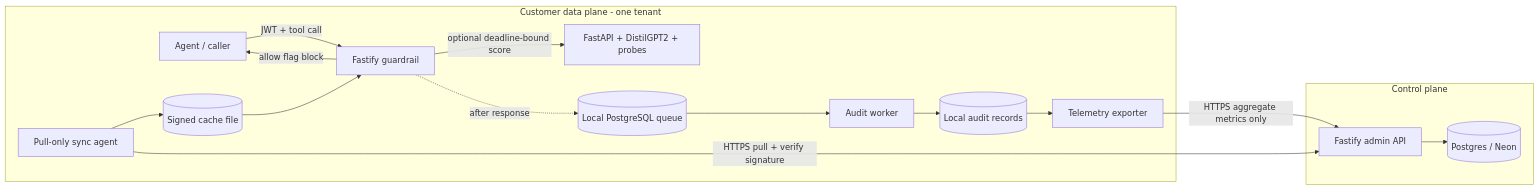
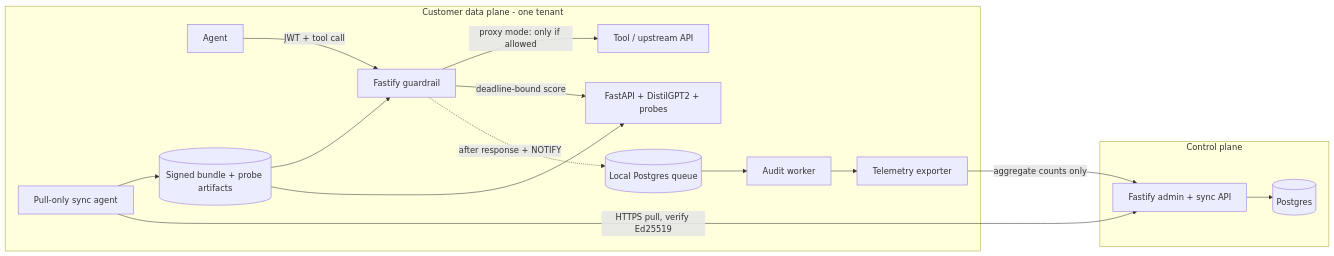
One commit to jcastellobranco/agent-guardrail-lab changed the diagram in README.md. Above: the diagram before and after it, drawn with Mermaid. The commit also changed other lines of this file, not shown here.

First line of the commit message:
docs: rewrite the README around the request flow and results

````diff
--- a/README.md
+++ b/README.md
@@ -19,28 +9,28 @@
 ```mermaid
 flowchart LR
   subgraph CP[Control plane]
-    Admin[Fastify admin API]
-    DB[(Postgres / Neon)]
+    Admin[Fastify admin + sync API]
+    DB[(Postgres)]
     Admin --> DB
   end
   subgraph DP[Customer data plane - one tenant]
-    Agent[Agent / caller]
+    Agent[Agent]
+    G[Fastify guardrail]
+    Tool[Tool / upstream API]
     Sync[Pull-only sync agent]
-    Cache[(Signed cache file)]
-    G[Fastify guardrail]
+    Cache[(Signed bundle + probe artifacts)]
     I[FastAPI + DistilGPT2 + probes]
-    Q[(Local PostgreSQL queue)]
+    Q[(Local Postgres queue)]
     W[Audit worker]
-    A[(Local audit records)]
     T[Telemetry exporter]
     Agent -->|JWT + tool call| G
-    G -->|allow flag block| Agent
-    Sync --> Cache
-    Cache --> G
-    G -->|optional deadline-bound score| I
-    G -. after response .-> Q
-    Q --> W --> A --> T
+    G -->|proxy mode: only if allowed| Tool
+    G -->|deadline-bound score| I
+    Sync --> Cache --> G
+    Cache --> I
+    G -. after response + NOTIFY .-> Q --> W
+    W --> T
   end
-  Sync -->|HTTPS pull + verify signature| Admin
-  T -->|HTTPS aggregate metrics only| Admin
+  Sync -->|HTTPS pull, verify Ed25519| Admin
+  T -->|aggregate counts only| Admin
 ```
````
